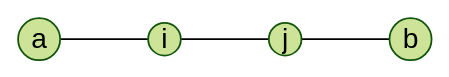
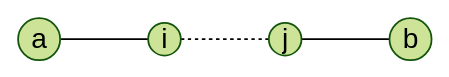
Before and after one commit to comarandr/comarandr.github.io: the sixth of 13 diagrams in MatematicaDiscreta.md, drawn with Mermaid (forest theme). The commit also changed other lines of this file, not shown here.

````diff
--- a/MatematicaDiscreta.md
+++ b/MatematicaDiscreta.md
@@ -534,6 +534,6 @@
   ```mermaid
   graph LR
       A((a)) --- I((i))
-      I((i)) --- J((j)) 
+      I((i)) -.- J((j)) 
       J((j)) --- B((b))
   ```
````
